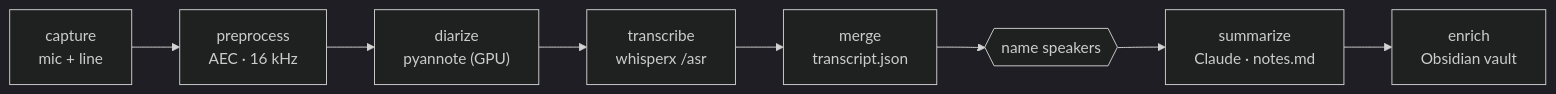
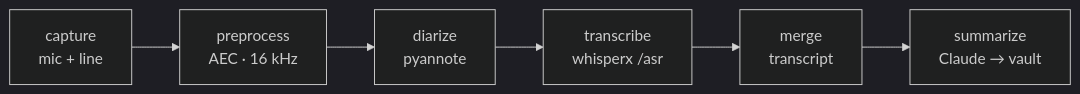
One commit to nathanpaul/briefly changed the diagram in README.md. Above: the diagram before and after it, drawn with Mermaid (dark theme). The commit also changed other lines of this file and 20 other files, not shown here.

````diff
--- a/README.md
+++ b/README.md
@@ -25,10 +16,8 @@
 ```mermaid
 flowchart LR
     C["capture<br/>mic + line"] --> P["preprocess<br/>AEC · 16 kHz"]
-    P --> D["diarize<br/>pyannote (GPU)"]
+    P --> D["diarize<br/>pyannote"]
     D --> T["transcribe<br/>whisperx /asr"]
-    T --> M["merge<br/>transcript.json"]
-    M --> NAME{{name speakers}}
-    NAME --> S["summarize<br/>Claude · notes.md"]
-    S --> E["enrich<br/>Obsidian vault"]
+    T --> M["merge<br/>transcript"]
+    M --> S["summarize<br/>Claude → vault"]
 ```
````
